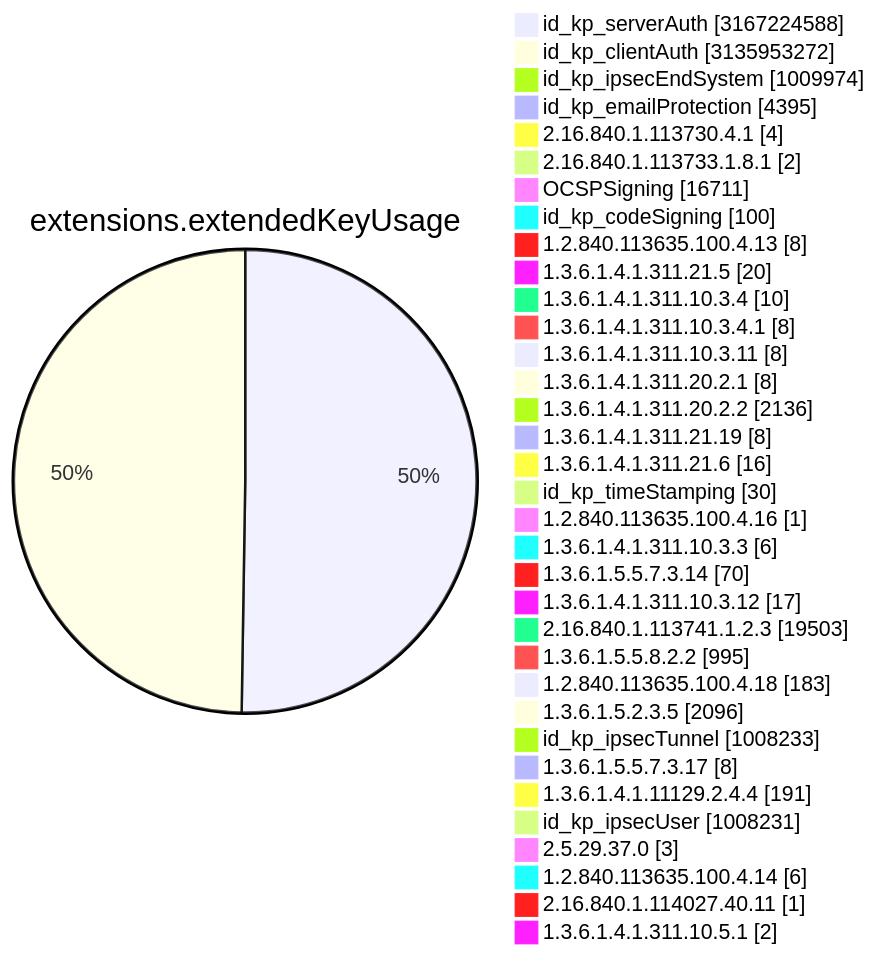
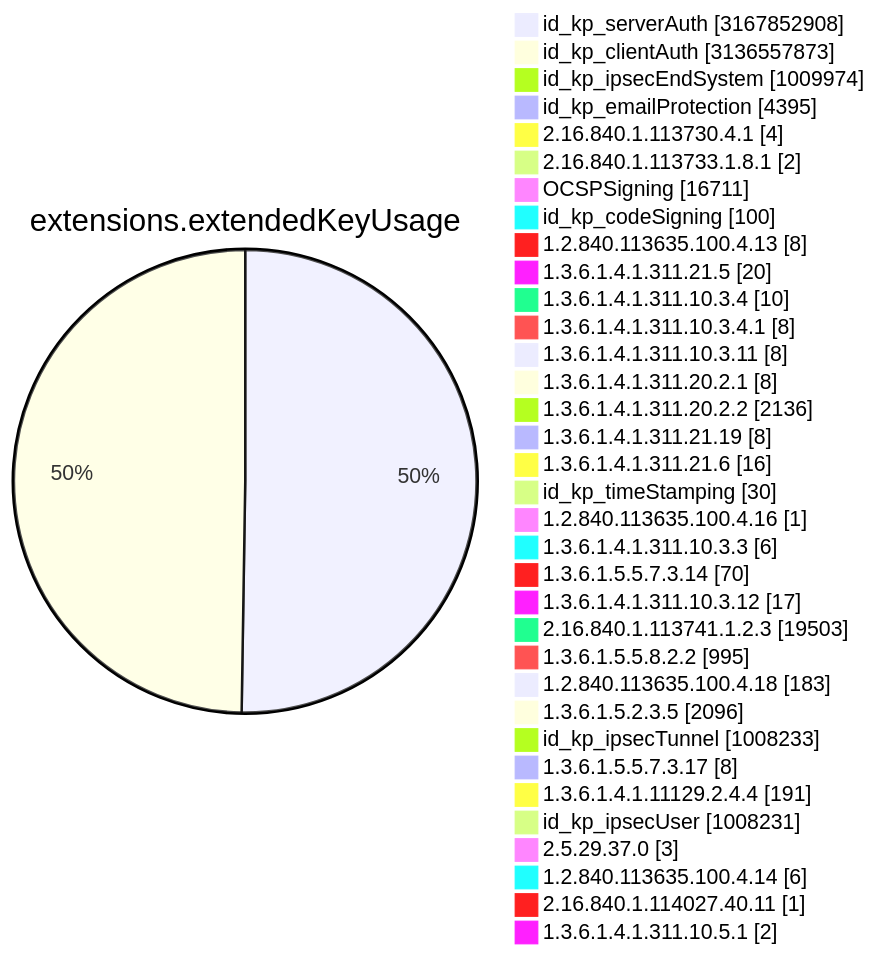
Diagram 11 of 15 in TOTAL/README.md (christiankrug/ctmonitor_visualization), drawn with Mermaid before and after one commit. The commit also changed other lines of this file, not shown here.

````diff
--- a/TOTAL/README.md
+++ b/TOTAL/README.md
@@ -4119,38 +4119,38 @@
 ```mermaid
 pie showData
 title extensions.extendedKeyUsage
-"id_kp_serverAuth" :3167224588
-"id_kp_clientAuth" :3135953272
+"id_kp_serverAuth" :3167852908
+"id_kp_clientAuth" :3136557873
 "id_kp_ipsecEndSystem" :1009974
 "id_kp_emailProtection" :4395
 "2.16.840.1.113730.4.1" :4
 "2.16.840.1.113733.1.8.1" :2
 "OCSPSigning" :16711
 "id_kp_codeSigning" :100
 "1.2.840.113635.100.4.13" :8
 "1.3.6.1.4.1.311.21.5" :20
 "1.3.6.1.4.1.311.10.3.4" :10
 "1.3.6.1.4.1.311.10.3.4.1" :8
 "1.3.6.1.4.1.311.10.3.11" :8
 "1.3.6.1.4.1.311.20.2.1" :8
 "1.3.6.1.4.1.311.20.2.2" :2136
 "1.3.6.1.4.1.311.21.19" :8
 "1.3.6.1.4.1.311.21.6" :16
 "id_kp_timeStamping" :30
 "1.2.840.113635.100.4.16" :1
 "1.3.6.1.4.1.311.10.3.3" :6
 "1.3.6.1.5.5.7.3.14" :70
 "1.3.6.1.4.1.311.10.3.12" :17
 "2.16.840.1.113741.1.2.3" :19503
 "1.3.6.1.5.5.8.2.2" :995
 "1.2.840.113635.100.4.18" :183
 "1.3.6.1.5.2.3.5" :2096
 "id_kp_ipsecTunnel" :1008233
 "1.3.6.1.5.5.7.3.17" :8
 "1.3.6.1.4.1.11129.2.4.4" :191
 "id_kp_ipsecUser" :1008231
 "2.5.29.37.0" :3
 "1.2.840.113635.100.4.14" :6
 "2.16.840.1.114027.40.11" :1
 "1.3.6.1.4.1.311.10.5.1" :2
 ```
````
